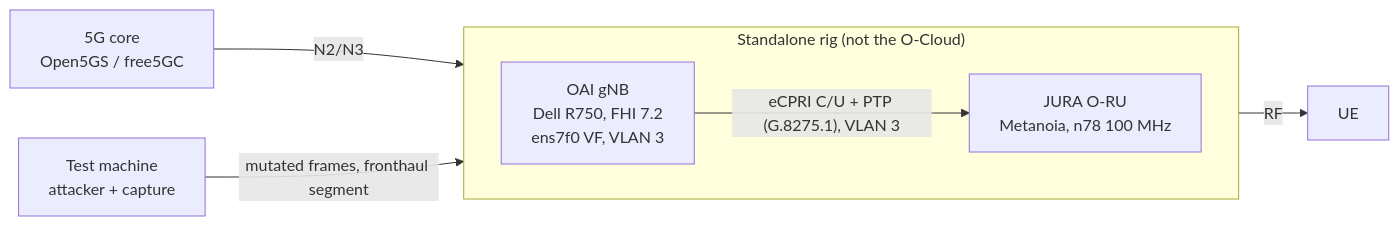
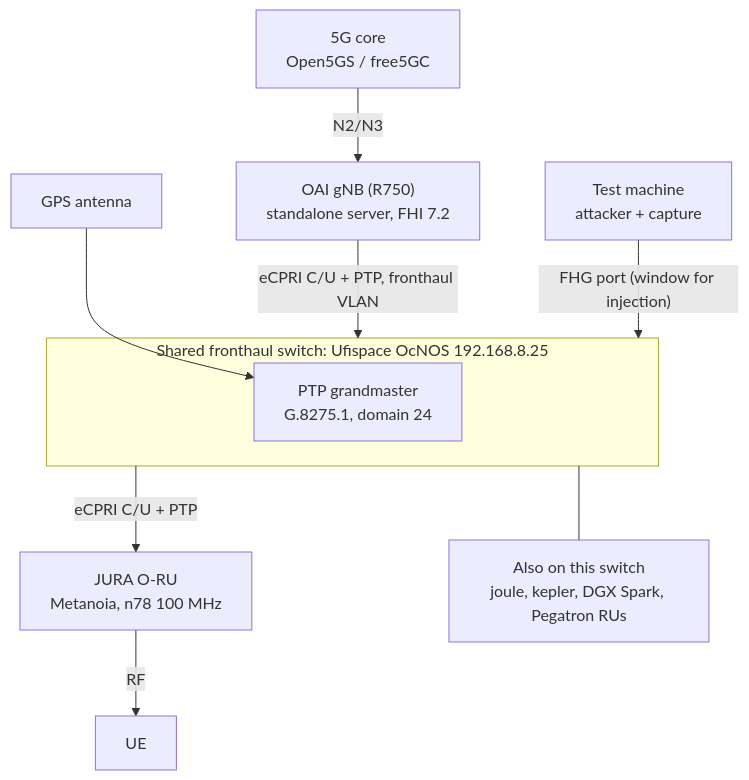
The diagram in docs/sani-fronthaul-run-guide.md (petrajoyd/intern_repo), drawn with Mermaid before and after one commit. The commit also changed other lines of this file, not shown here.

First line of the commit message:
Correct Sani fronthaul run-guide: shared FHG, window still needed

````diff
--- a/docs/sani-fronthaul-run-guide.md
+++ b/docs/sani-fronthaul-run-guide.md
@@ -117,14 +130,20 @@
 ```mermaid
-flowchart LR
+flowchart TB
+  gps["GPS antenna"]
   core["5G core<br/>Open5GS / free5GC"]
-  subgraph rig["Standalone rig (not the O-Cloud)"]
-    direction LR
-    du["OAI gNB<br/>Dell R750, FHI 7.2<br/>ens7f0 VF, VLAN 3"]
-    ru["JURA O-RU<br/>Metanoia, n78 100 MHz"]
-    du -->|"eCPRI C/U + PTP (G.8275.1), VLAN 3"| ru
+  du["OAI gNB (R750)<br/>standalone server, FHI 7.2"]
+  subgraph FHG["Shared fronthaul switch: Ufispace OcNOS 192.168.8.25"]
+    gm["PTP grandmaster<br/>G.8275.1, domain 24"]
   end
+  ru["JURA O-RU<br/>Metanoia, n78 100 MHz"]
+  other["Also on this switch<br/>joule, kepler, DGX Spark, Pegatron RUs"]
   test["Test machine<br/>attacker + capture"]
+  ue["UE"]
+  gps --> gm
   core -->|"N2/N3"| du
-  ru -->|"RF"| ue["UE"]
-  test -->|"mutated frames, fronthaul segment"| du
+  du -->|"eCPRI C/U + PTP, fronthaul VLAN"| FHG
+  FHG -->|"eCPRI C/U + PTP"| ru
+  FHG --- other
+  ru -->|"RF"| ue
+  test -->|"FHG port (window for injection)"| FHG
 ```
````
